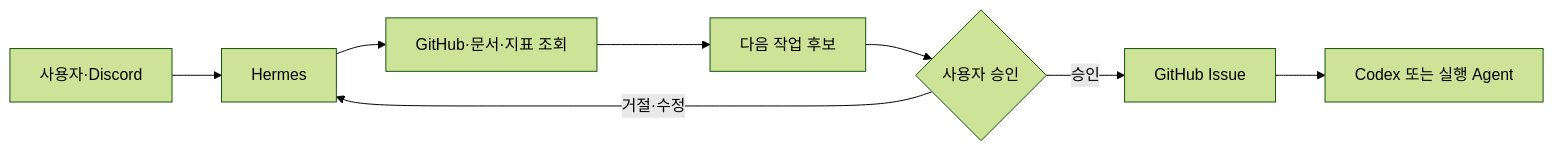
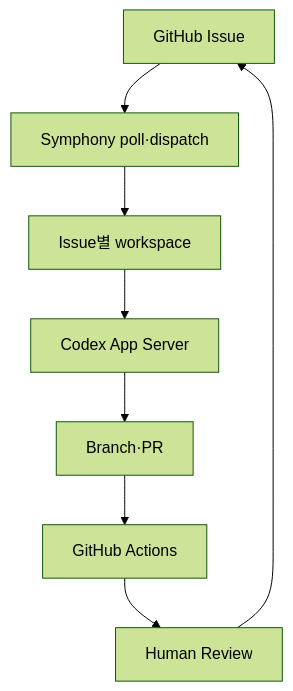
One commit to yjs000/wiki changed the seventh of 11 diagrams in docs/ai-agent-systems/harness-engineering-codex-hermes-orchestra.md. Above: the diagram before and after it, drawn with Mermaid (forest theme). The commit also changed other lines of this file and 6 other files, not shown here.

````diff
--- a/docs/ai-agent-systems/harness-engineering-codex-hermes-orchestra.md
+++ b/docs/ai-agent-systems/harness-engineering-codex-hermes-orchestra.md
@@ -465,10 +416,10 @@
 ```mermaid
-flowchart LR
-    U[사용자·Discord] --> H[Hermes]
-    H --> G[GitHub·문서·지표 조회]
-    G --> P[다음 작업 후보]
-    P --> A{사용자 승인}
-    A -- 거절·수정 --> H
-    A -- 승인 --> I[GitHub Issue]
-    I --> C[Codex 또는 실행 Agent]
+flowchart TB
+    I[GitHub Issue] --> S[Symphony poll·dispatch]
+    S --> W[Issue별 workspace]
+    W --> C[Codex App Server]
+    C --> PR[Branch·PR]
+    PR --> A[GitHub Actions]
+    A --> H[Human Review]
+    H --> I
 ```
````
